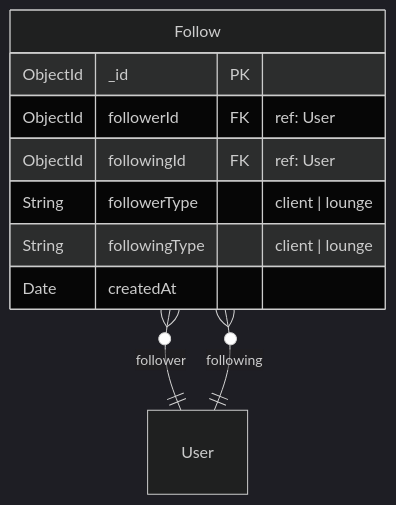
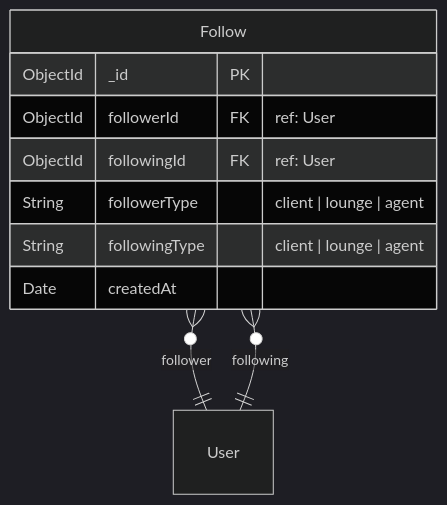
One commit to Frame-Ecosystem/Frame-Backend changed the third of 8 diagrams in src/systems/UserManager/README.md. Above: the diagram before and after it, drawn with Mermaid (dark theme). The commit also changed 12 other files, not shown here.

First line of the commit message:
feat(chat,follows): add mutual-follow guard for DMs and extend follows to agent type

````diff
--- a/src/systems/UserManager/README.md
+++ b/src/systems/UserManager/README.md
@@ -194,14 +194,14 @@
 ```mermaid
 erDiagram
     Follow {
         ObjectId _id PK
         ObjectId followerId FK "ref: User"
         ObjectId followingId FK "ref: User"
-        String followerType "client | lounge"
-        String followingType "client | lounge"
+        String followerType "client | lounge | agent"
+        String followingType "client | lounge | agent"
         Date createdAt
     }
 
     Follow }o--|| User : "follower"
     Follow }o--|| User : "following"
 ```
````
